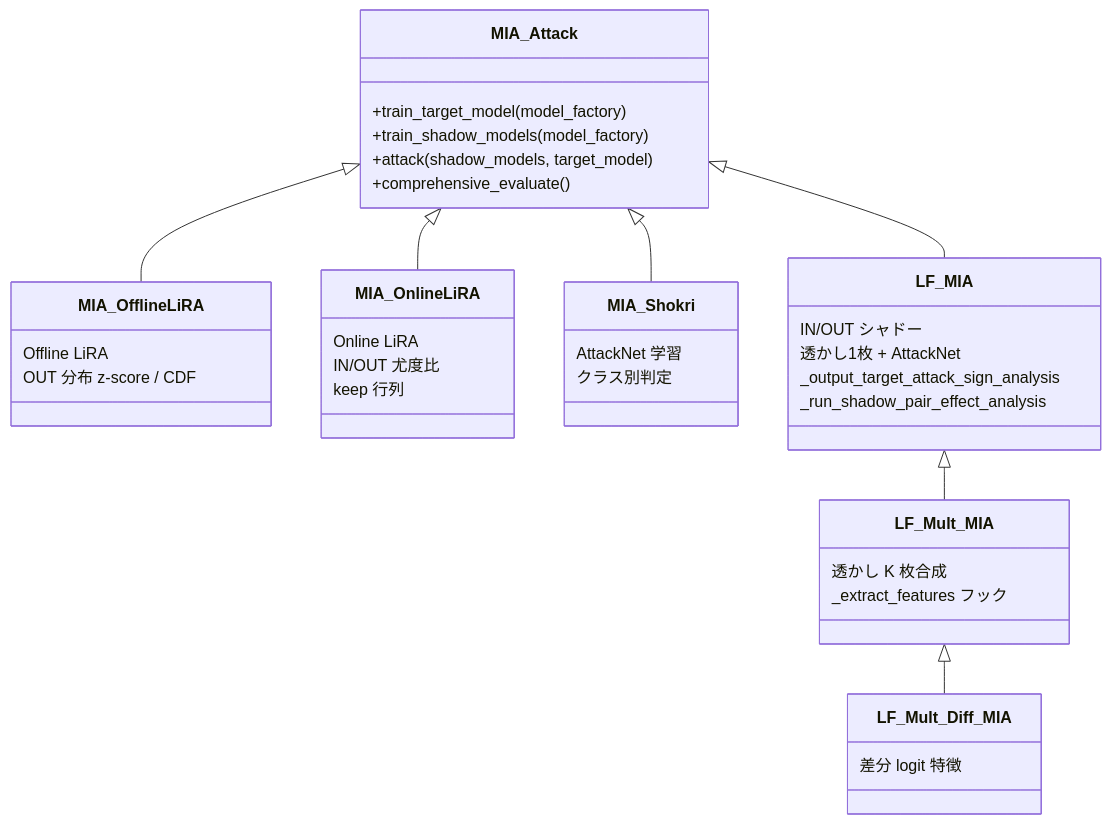
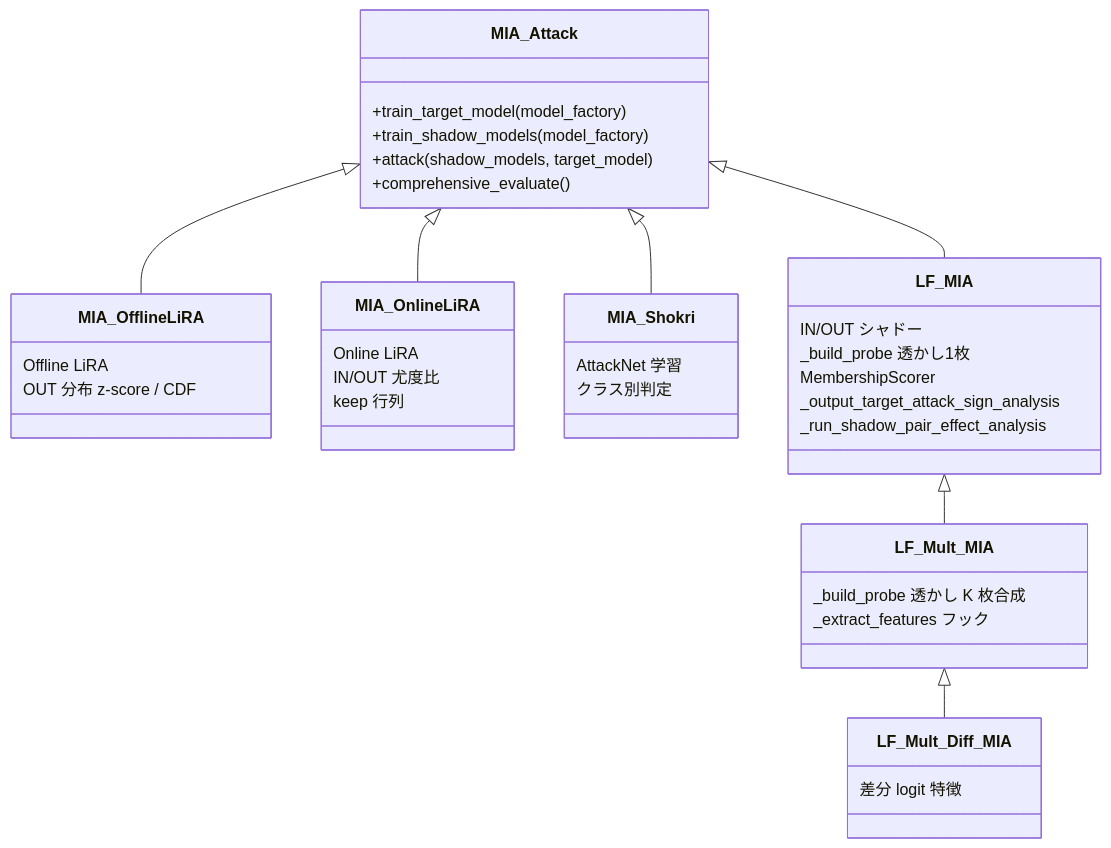
Diagram 11 of 14 in worker/docs/SPECIFICATION.md (GoldenPoisonedApple/MIAOS), drawn with Mermaid before and after one commit. The commit also changed other lines of this file and 10 other files, not shown here.

````diff
--- a/worker/docs/SPECIFICATION.md
+++ b/worker/docs/SPECIFICATION.md
@@ -414,41 +420,42 @@
 ```mermaid
 classDiagram
     class MIA_Attack {
         +train_target_model(model_factory)
         +train_shadow_models(model_factory)
         +attack(shadow_models, target_model)
         +comprehensive_evaluate()
     }
     class MIA_OfflineLiRA {
         Offline LiRA
         OUT 分布 z-score / CDF
     }
     class MIA_OnlineLiRA {
         Online LiRA
         IN/OUT 尤度比
         keep 行列
     }
     class MIA_Shokri {
         AttackNet 学習
         クラス別判定
     }
     class LF_MIA {
         IN/OUT シャドー
-        透かし1枚 + AttackNet
+        _build_probe 透かし1枚
+        MembershipScorer
         _output_target_attack_sign_analysis
         _run_shadow_pair_effect_analysis
     }
     MIA_Attack <|-- MIA_OfflineLiRA
     MIA_Attack <|-- MIA_OnlineLiRA
     MIA_Attack <|-- MIA_Shokri
     class LF_Mult_MIA {
-        透かし K 枚合成
+        _build_probe 透かし K 枚合成
         _extract_features フック
     }
     class LF_Mult_Diff_MIA {
         差分 logit 特徴
     }
     MIA_Attack <|-- LF_MIA
     LF_MIA <|-- LF_Mult_MIA
     LF_Mult_MIA <|-- LF_Mult_Diff_MIA
 ```
````
